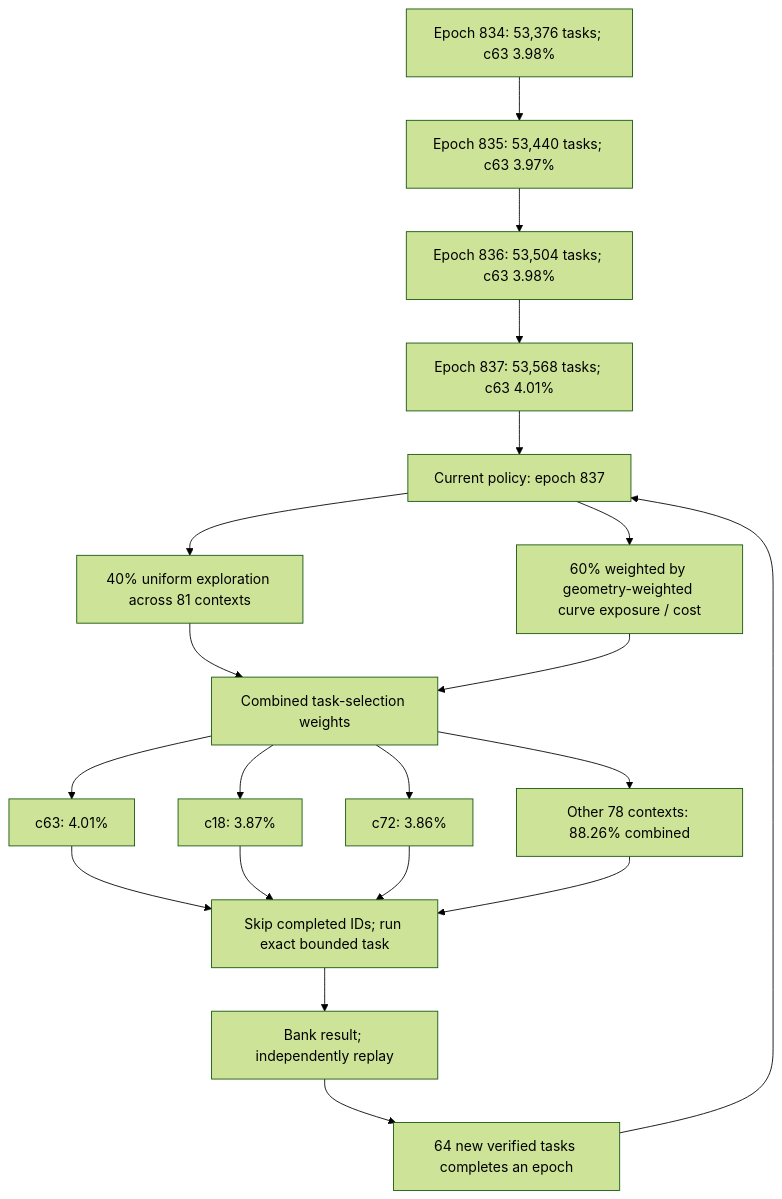
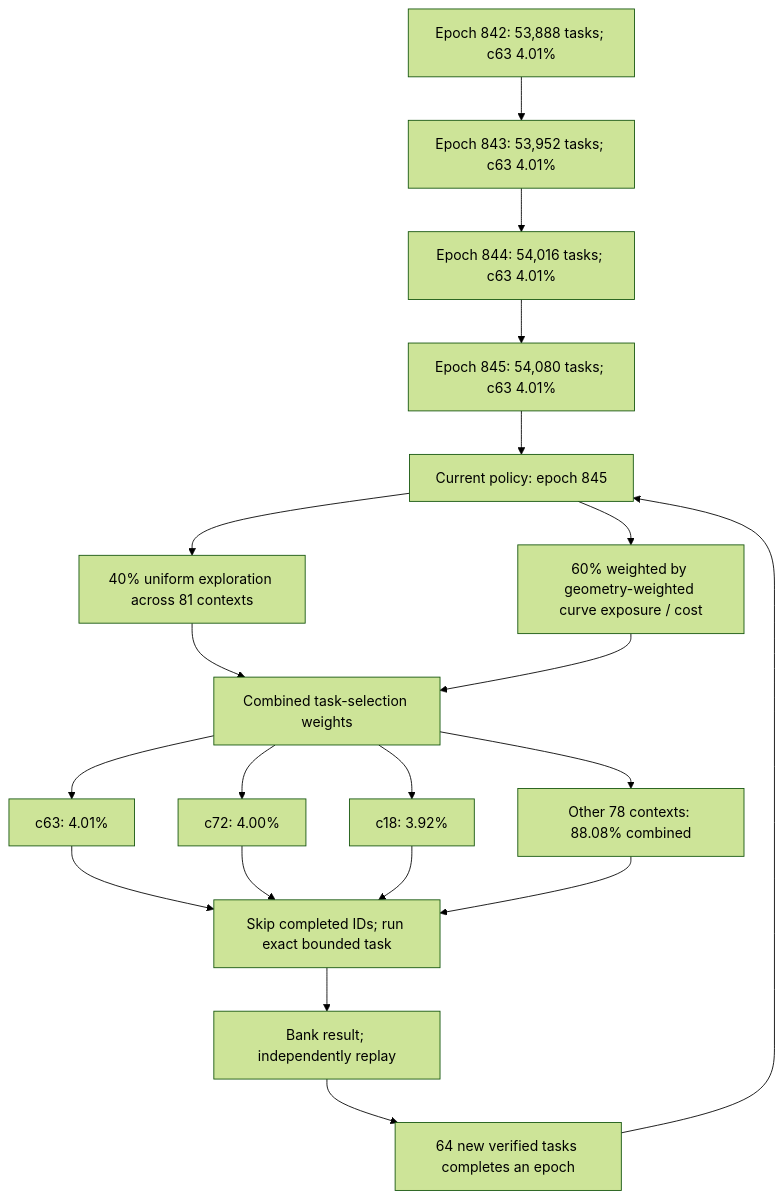
Before and after one commit to Kuberwastaken/math-gambling: the first of 3 diagrams in README.md, drawn with Mermaid (forest theme). The commit also changed other lines of this file and 1137 other files, not shown here.

````diff
--- a/README.md
+++ b/README.md
@@ -55,27 +55,27 @@
 ```mermaid
 flowchart TD
-    H0["Epoch 834: 53,376 tasks; c63 3.98%"]
-    H1["Epoch 835: 53,440 tasks; c63 3.97%"]
+    H0["Epoch 842: 53,888 tasks; c63 4.01%"]
+    H1["Epoch 843: 53,952 tasks; c63 4.01%"]
     H0 --> H1
-    H2["Epoch 836: 53,504 tasks; c63 3.98%"]
+    H2["Epoch 844: 54,016 tasks; c63 4.01%"]
     H1 --> H2
-    H3["Epoch 837: 53,568 tasks; c63 4.01%"]
+    H3["Epoch 845: 54,080 tasks; c63 4.01%"]
     H2 --> H3
-    Policy["Current policy: epoch 837"]
+    Policy["Current policy: epoch 845"]
     H3 --> Policy
     Policy --> Explore["40% uniform exploration across 81 contexts"]
     Policy --> Cost["60% weighted by geometry-weighted curve exposure / cost"]
     Explore --> Mix["Combined task-selection weights"]
     Cost --> Mix
     Mix --> C0["c63: 4.01%"]
-    Mix --> C1["c18: 3.87%"]
-    Mix --> C2["c72: 3.86%"]
-    Mix --> Rest["Other 78 contexts: 88.26% combined"]
+    Mix --> C1["c72: 4.00%"]
+    Mix --> C2["c18: 3.92%"]
+    Mix --> Rest["Other 78 contexts: 88.08% combined"]
     C0 --> Check["Skip completed IDs; run exact bounded task"]
     C1 --> Check
     C2 --> Check
     Rest --> Check
     Check --> Replay["Bank result; independently replay"]
     Replay --> Gate["64 new verified tasks completes an epoch"]
     Gate --> Policy
 ```
````
